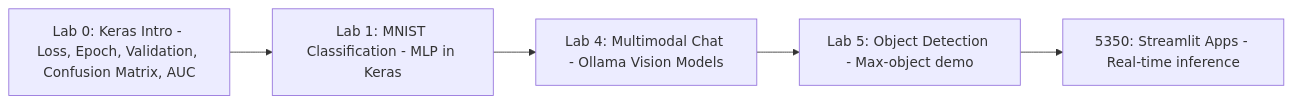
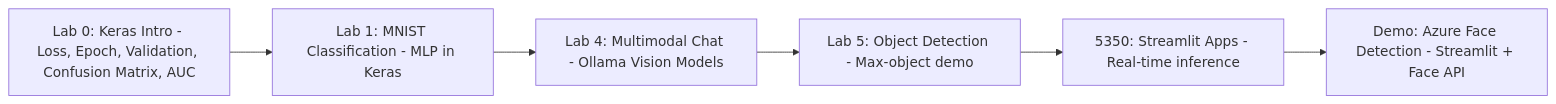
One commit to iportilla/MNIST changed the fifth of 8 diagrams in README.md. Above: the diagram before and after it, drawn with Mermaid. The commit also changed other lines of this file, not shown here.

````diff
--- a/README.md
+++ b/README.md
@@ -152,6 +159,7 @@
 ```mermaid
 flowchart LR
     L0["Lab 0: Keras Intro - Loss, Epoch, Validation, Confusion Matrix, AUC"] --> L1["Lab 1: MNIST Classification - MLP in Keras"] --> L4["Lab 4: Multimodal Chat - Ollama Vision Models"]
     L4 --> L5["Lab 5: Object Detection - Max-object demo"]
     L5 --> L6["5350: Streamlit Apps - Real-time inference"]
+    L6 --> LD["Demo: Azure Face Detection - Streamlit + Face API"]
 ```
````
